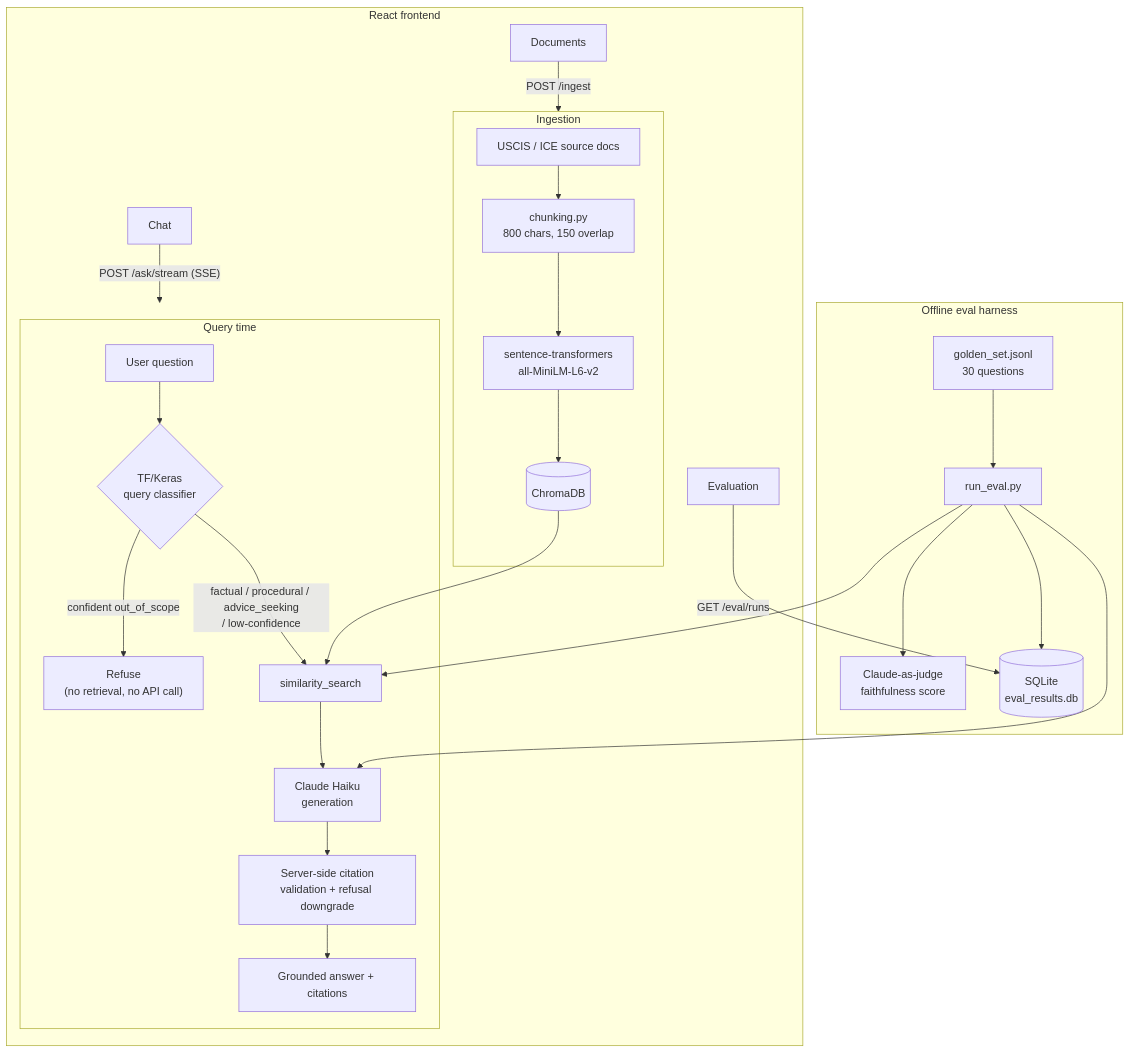
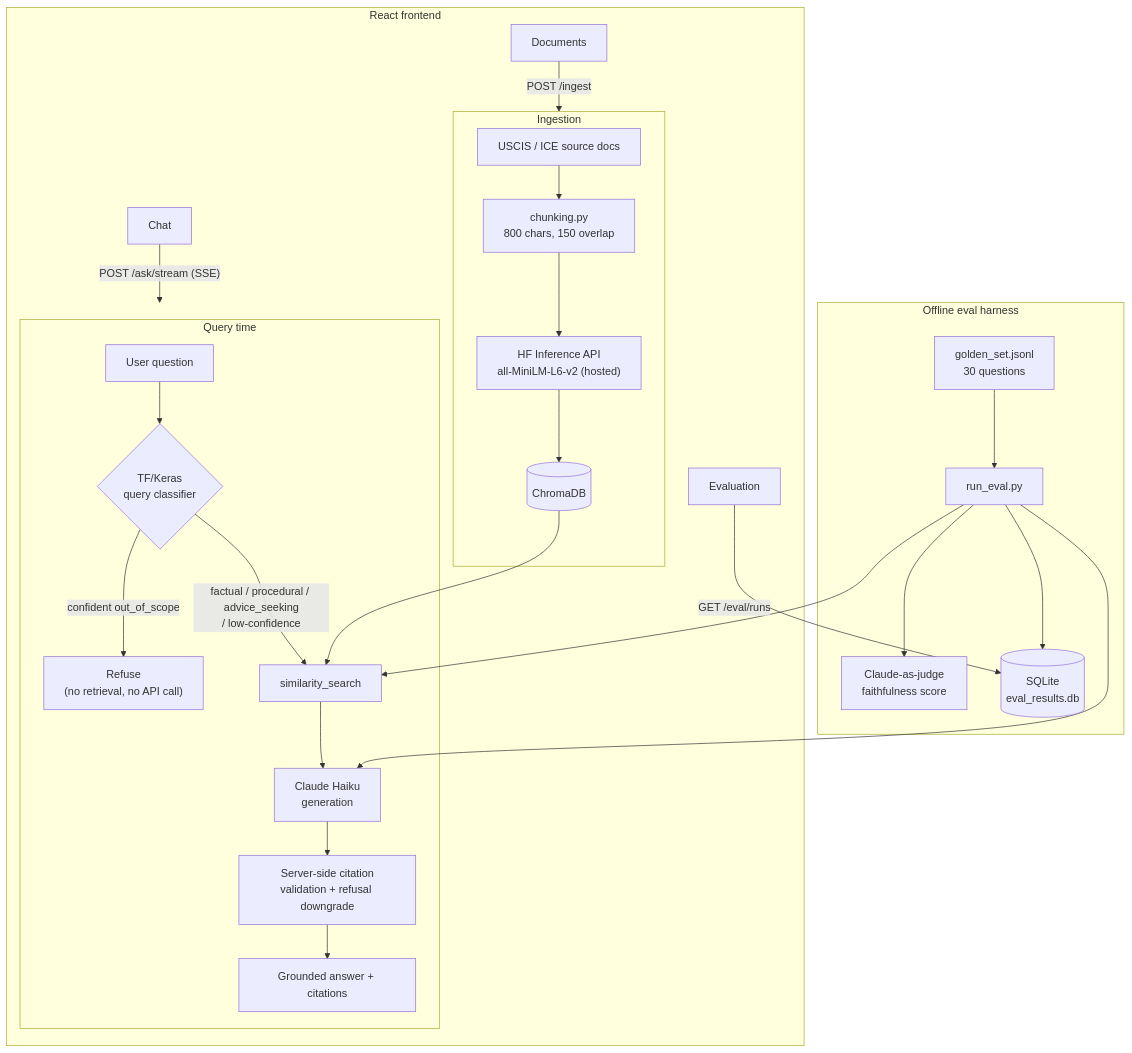
One commit to Dhruvshelke15/veritas changed the diagram in README.md. Above: the diagram before and after it, drawn with Mermaid. The commit also changed other lines of this file and 14 other files, not shown here.

````diff
--- a/README.md
+++ b/README.md
@@ -13,32 +13,32 @@
 ```mermaid
 flowchart TB
     subgraph ingest["Ingestion"]
         Corpus["USCIS / ICE source docs"] --> Chunker["chunking.py<br/>800 chars, 150 overlap"]
-        Chunker --> Embed["sentence-transformers<br/>all-MiniLM-L6-v2"]
+        Chunker --> Embed["HF Inference API<br/>all-MiniLM-L6-v2 (hosted)"]
         Embed --> Chroma[("ChromaDB")]
     end
 
     subgraph query["Query time"]
         Question["User question"] --> Classifier{"TF/Keras<br/>query classifier"}
         Classifier -->|"confident out_of_scope"| Reject["Refuse<br/>(no retrieval, no API call)"]
         Classifier -->|"factual / procedural / advice_seeking<br/>/ low-confidence"| Retrieve["similarity_search"]
         Chroma --> Retrieve
         Retrieve --> Claude["Claude Haiku<br/>generation"]
         Claude --> Validate["Server-side citation<br/>validation + refusal downgrade"]
         Validate --> Answer["Grounded answer + citations"]
     end
 
     subgraph eval["Offline eval harness"]
         Golden["golden_set.jsonl<br/>30 questions"] --> Runner["run_eval.py"]
         Runner --> Retrieve
         Runner --> Claude
         Runner --> Judge["Claude-as-judge<br/>faithfulness score"]
         Runner --> EvalDB[("SQLite<br/>eval_results.db")]
     end
 
     subgraph frontend["React frontend"]
         Chat["Chat"] -->|"POST /ask/stream (SSE)"| query
         UploadUI["Documents"] -->|"POST /ingest"| ingest
         EvalUI["Evaluation"] -->|"GET /eval/runs"| EvalDB
     end
 ```
````
